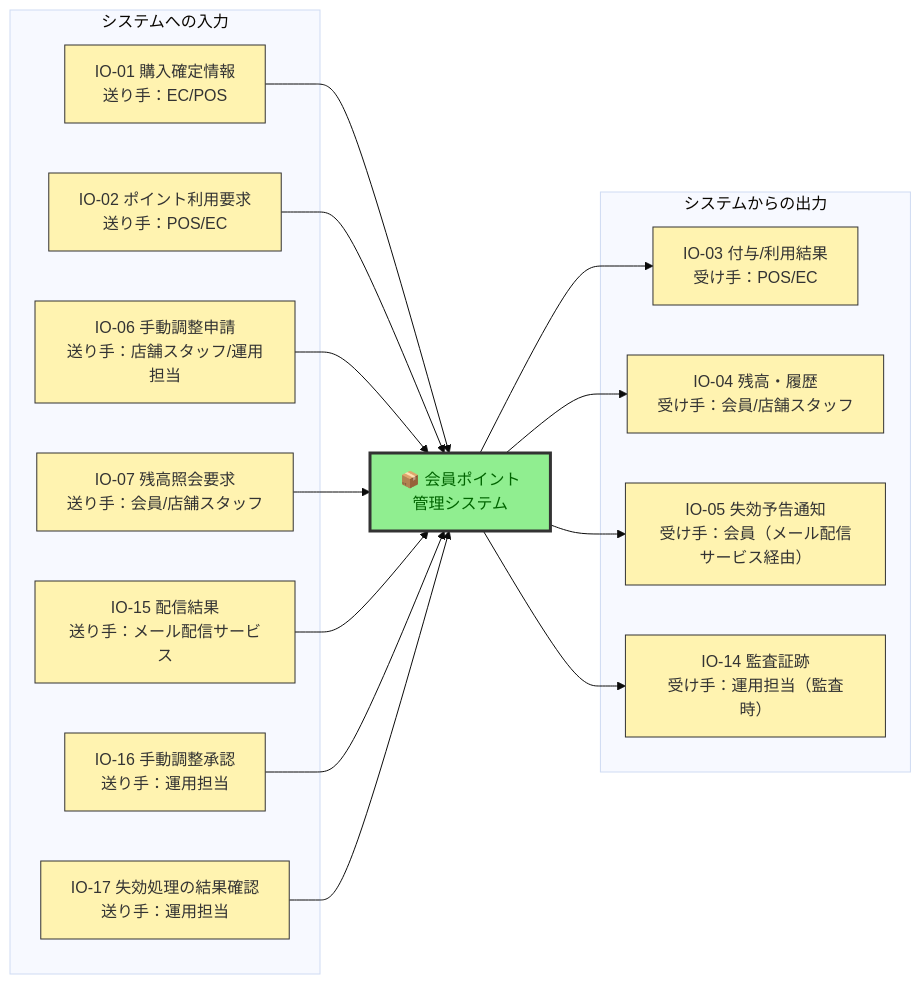
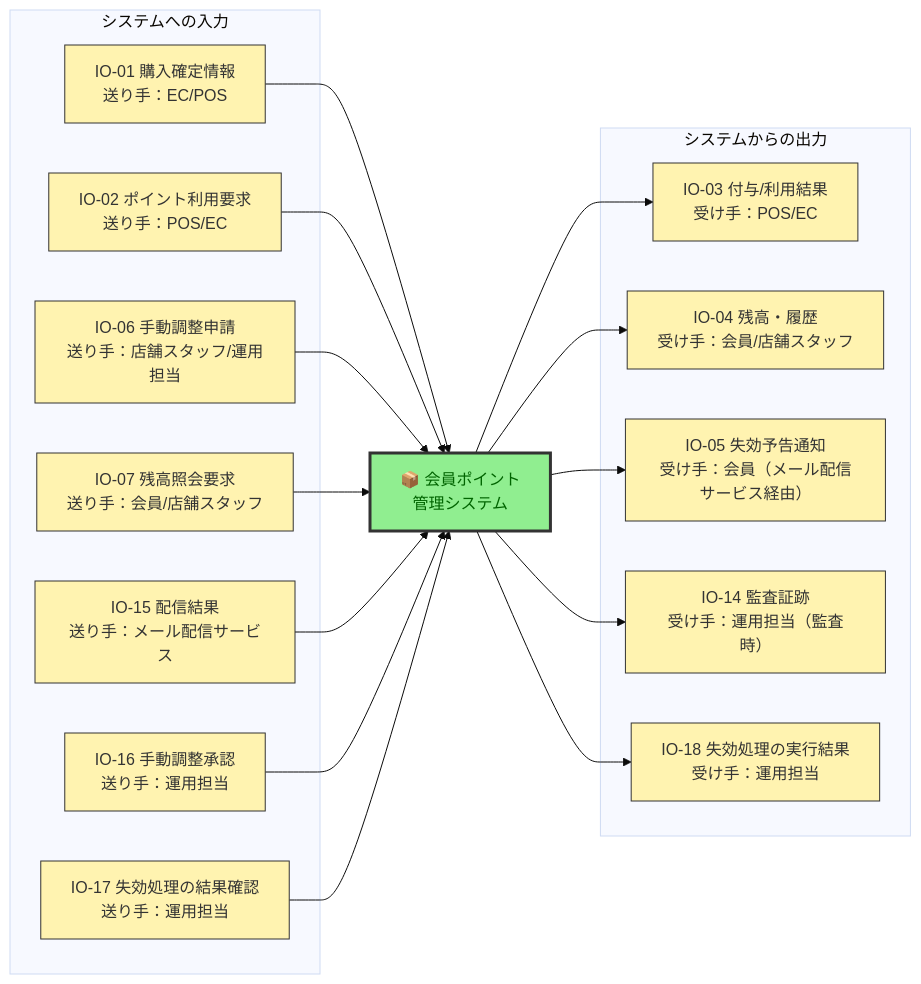
One commit to kasiopeiya/claude-dev-template changed the seventh of 15 diagrams in samples/docs/requirements.md. Above: the diagram before and after it, drawn with Mermaid (base theme). The commit also changed other lines of this file, not shown here.

````diff
--- a/samples/docs/requirements.md
+++ b/samples/docs/requirements.md
@@ -422,35 +450,37 @@
 ```mermaid
 flowchart LR
     subgraph IN["システムへの入力"]
       i1["IO-01 購入確定情報<br/>送り手：EC/POS"]
       i2["IO-02 ポイント利用要求<br/>送り手：POS/EC"]
       i6["IO-06 手動調整申請<br/>送り手：店舗スタッフ/運用担当"]
       i7["IO-07 残高照会要求<br/>送り手：会員/店舗スタッフ"]
       i15["IO-15 配信結果<br/>送り手：メール配信サービス"]
       i16["IO-16 手動調整承認<br/>送り手：運用担当"]
       i17["IO-17 失効処理の結果確認<br/>送り手：運用担当"]
     end
     sys["📦 会員ポイント<br/>管理システム"]
     subgraph OUT["システムからの出力"]
       o3["IO-03 付与/利用結果<br/>受け手：POS/EC"]
       o4["IO-04 残高・履歴<br/>受け手：会員/店舗スタッフ"]
       o5["IO-05 失効予告通知<br/>受け手：会員（メール配信サービス経由）"]
       o14["IO-14 監査証跡<br/>受け手：運用担当（監査時）"]
+      o18["IO-18 失効処理の実行結果<br/>受け手：運用担当"]
     end
     i1 --> sys
     i2 --> sys
     i6 --> sys
     i7 --> sys
     i15 --> sys
     i16 --> sys
     i17 --> sys
     sys --> o3
     sys --> o4
     sys --> o5
     sys --> o14
+    sys --> o18
 
     classDef internal fill:#90EE90,stroke:#333,stroke-width:3px,color:darkgreen
     classDef io fill:#FFF3B0,stroke:#333,stroke-width:1px,color:#333
     class sys internal
-    class i1,i2,i6,i7,i15,i16,i17,o3,o4,o5,o14 io
+    class i1,i2,i6,i7,i15,i16,i17,o3,o4,o5,o14,o18 io
 ```
````
